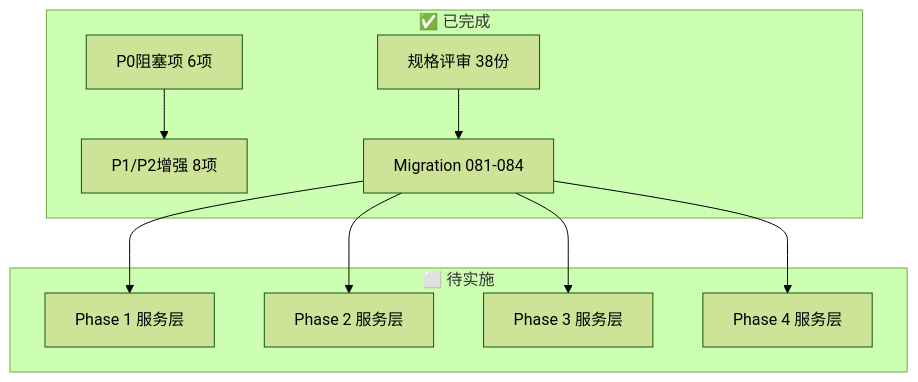
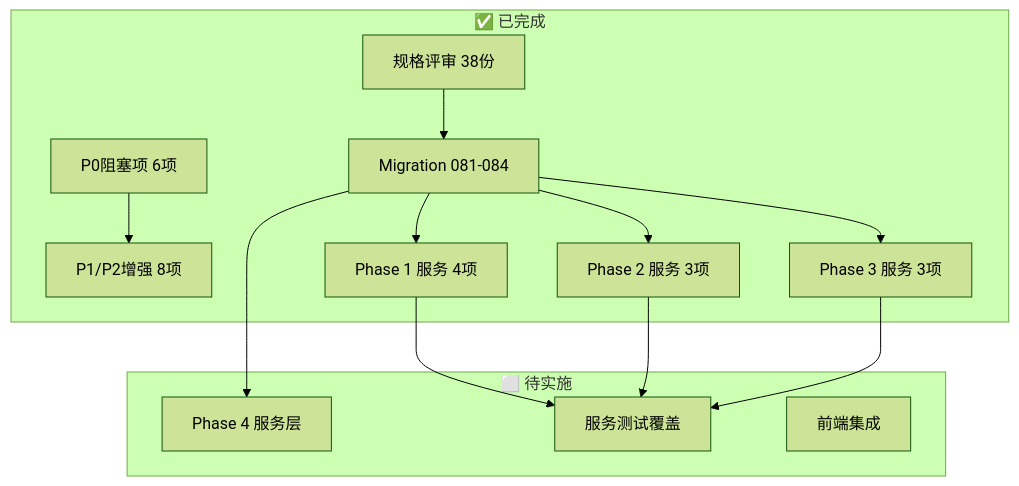
The diagram in docs/superpowers/reviews/2026-05-05-implementation-summary.md (zyzheal/orion), drawn with Mermaid (forest theme) before and after one commit. The commit also changed other lines of this file and 8 other files, not shown here.

````diff
--- a/docs/superpowers/reviews/2026-05-05-implementation-summary.md
+++ b/docs/superpowers/reviews/2026-05-05-implementation-summary.md
@@ -208,21 +239,26 @@
 ```mermaid
 graph TB
     subgraph "✅ 已完成"
         A[规格评审 38份]
         B[P0阻塞项 6项]
         C[P1/P2增强 8项]
         D[Migration 081-084]
+        E[Phase 1 服务 4项]
+        F[Phase 2 服务 3项]
+        G[Phase 3 服务 3项]
     end
     subgraph "⬜ 待实施"
-        E[Phase 1 服务层]
-        F[Phase 2 服务层]
-        G[Phase 3 服务层]
         H[Phase 4 服务层]
+        I[服务测试覆盖]
+        J[前端集成]
     end
     A --> D
     B --> C
     D --> E
     D --> F
     D --> G
     D --> H
+    E --> I
+    F --> I
+    G --> I
 ```
````
